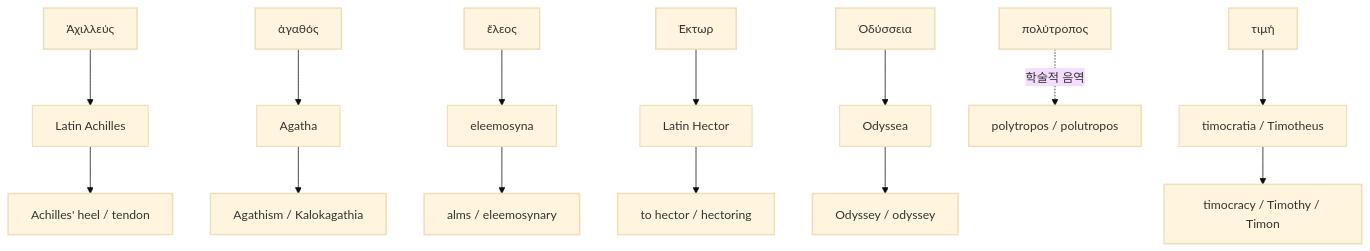
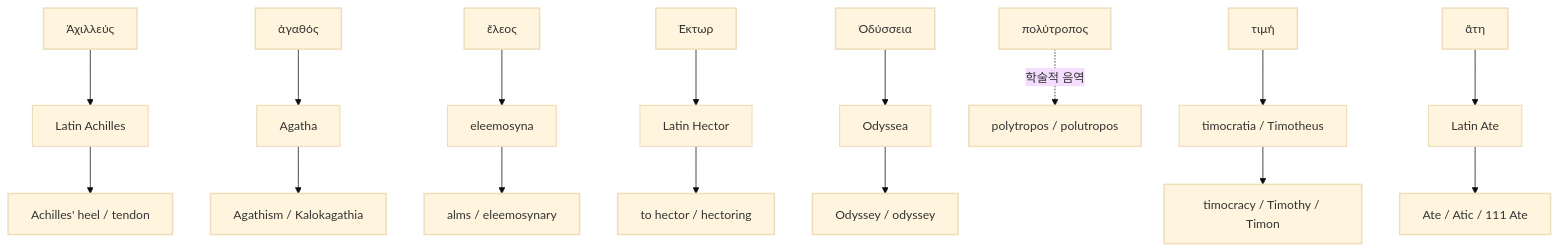
The diagram in words/index.md (YgHnSIM/Homer_wiki), drawn with Mermaid (base theme) before and after one commit. The commit also changed other lines of this file and 9 other files, not shown here.

````diff
--- a/words/index.md
+++ b/words/index.md
@@ -21,14 +21,15 @@
 ```mermaid
 graph TB
     classDef greek stroke-width:2px;
     classDef latin stroke-width:1.5px;
     classDef english stroke-width:2px;
 
     G1["Ἀχιλλεύς"]:::greek --> L1["Latin Achilles"]:::latin --> E1["Achilles' heel / tendon"]:::english
     G2["ἀγαθός"]:::greek --> L2["Agatha"]:::latin --> E2["Agathism / Kalokagathia"]:::english
     G3["ἔλεος"]:::greek --> L3["eleemosyna"]:::latin --> E3["alms / eleemosynary"]:::english
     G4["Ἕκτωρ"]:::greek --> L4["Latin Hector"]:::latin --> E4["to hector / hectoring"]:::english
     G5["Ὀδύσσεια"]:::greek --> L5["Odyssea"]:::latin --> E5["Odyssey / odyssey"]:::english
     G6["πολύτροπος"]:::greek -. "학술적 음역" .-> E6["polytropos / polutropos"]:::english
     G7["τιμή"]:::greek --> L7["timocratia / Timotheus"]:::latin --> E7["timocracy / Timothy / Timon"]:::english
+    G8["ἄτη"]:::greek --> L8["Latin Ate"]:::latin --> E8["Ate / Atic / 111 Ate"]:::english
 ```
````
